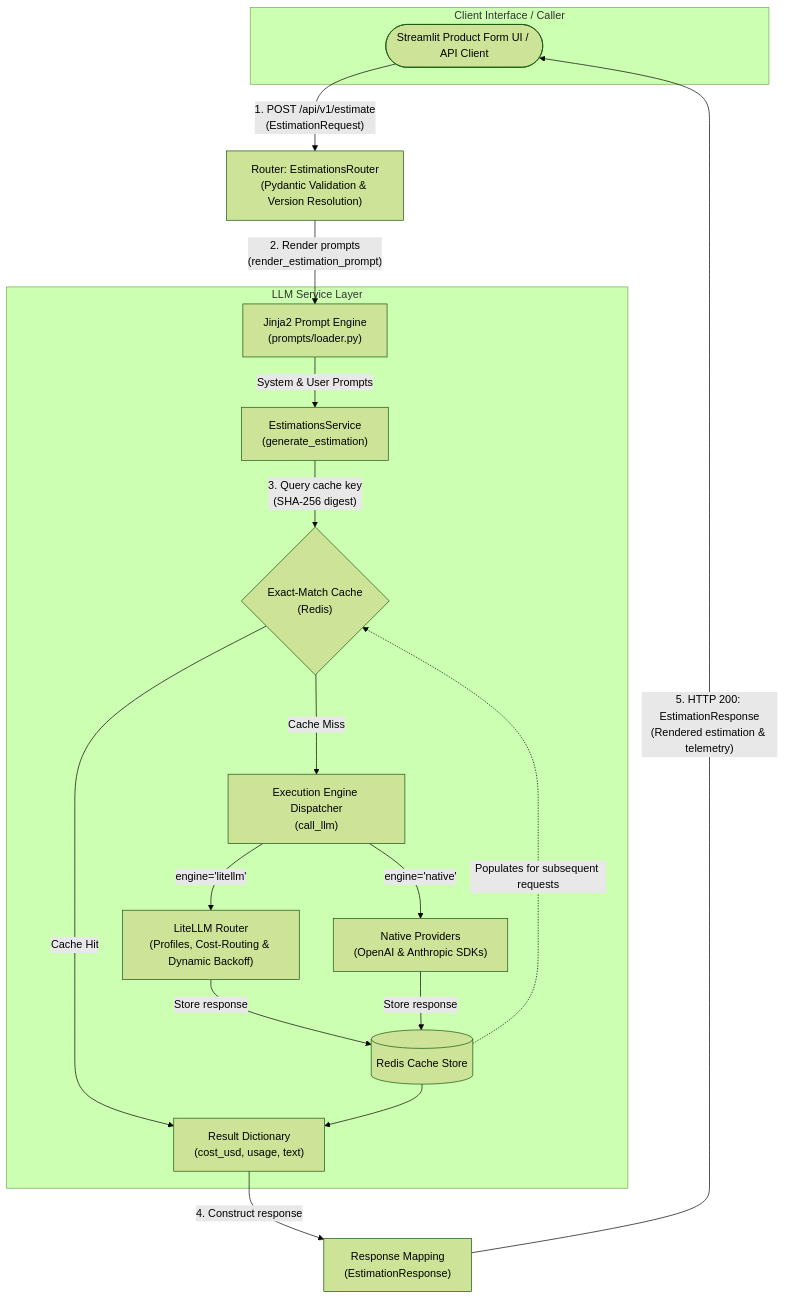
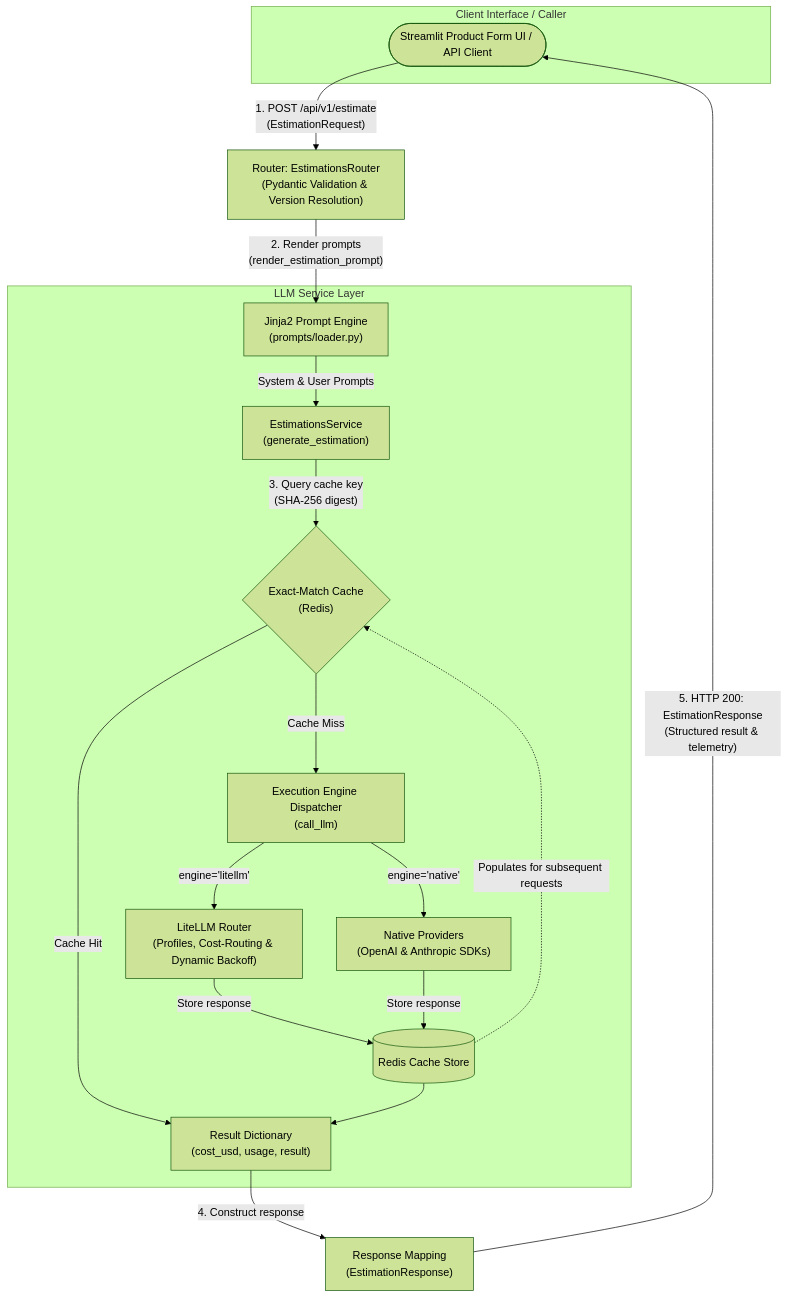
One commit to NestorDR/aie-estimator changed the diagram in README.md. Above: the diagram before and after it, drawn with Mermaid (forest theme). The commit also changed other lines of this file and 42 other files, not shown here.

Commit message:
Refactor LiteLLM provider to use structured result handling. Refine architectural layering.

````diff
--- a/README.md
+++ b/README.md
@@ -28,27 +28,27 @@
 ```mermaid
 flowchart TD
     subgraph ClientLayer ["Client Interface / Caller"]
         Client(["Streamlit Product Form UI / API Client"])
     end
 
     Client -->|"1. POST /api/v1/estimate\n(EstimationRequest)"| Router["Router: EstimationsRouter\n(Pydantic Validation & Version Resolution)"]
     Router -->|"2. Render prompts\n(render_estimation_prompt)"| TemplateEngine["Jinja2 Prompt Engine\n(prompts/loader.py)"]
 
     subgraph ServiceLayer ["LLM Service Layer"]
         TemplateEngine -->|"System & User Prompts"| Service["EstimationsService\n(generate_estimation)"]
         Service -->|"3. Query cache key\n(SHA-256 digest)"| CacheCheck{"Exact-Match Cache\n(Redis)"}
 
-        CacheCheck -->|"Cache Hit"| ServiceOutput["Result Dictionary\n(cost_usd, usage, text)"]
+        CacheCheck -->|"Cache Hit"| ServiceOutput["Result Dictionary\n(cost_usd, usage, result)"]
         CacheCheck -->|"Cache Miss"| Dispatcher["Execution Engine Dispatcher\n(call_llm)"]
 
         Dispatcher -->|"engine='litellm'"| LiteLLMRouting["LiteLLM Router\n(Profiles, Cost-Routing & Dynamic Backoff)"]
         Dispatcher -->|"engine='native'"| NativeProviders["Native Providers\n(OpenAI & Anthropic SDKs)"]
         LiteLLMRouting -->|"Store response"| CacheStore[("Redis Cache Store")]
         NativeProviders -->|"Store response"| CacheStore
         CacheStore -.->|"Populates for subsequent requests"| CacheCheck
         CacheStore --> ServiceOutput
     end
 
     ServiceOutput -->|"4. Construct response"| ResponseMapper["Response Mapping\n(EstimationResponse)"]
-    ResponseMapper -->|"5. HTTP 200: EstimationResponse\n(Rendered estimation & telemetry)"| Client
+    ResponseMapper -->|"5. HTTP 200: EstimationResponse\n(Structured result & telemetry)"| Client
 ```
````
